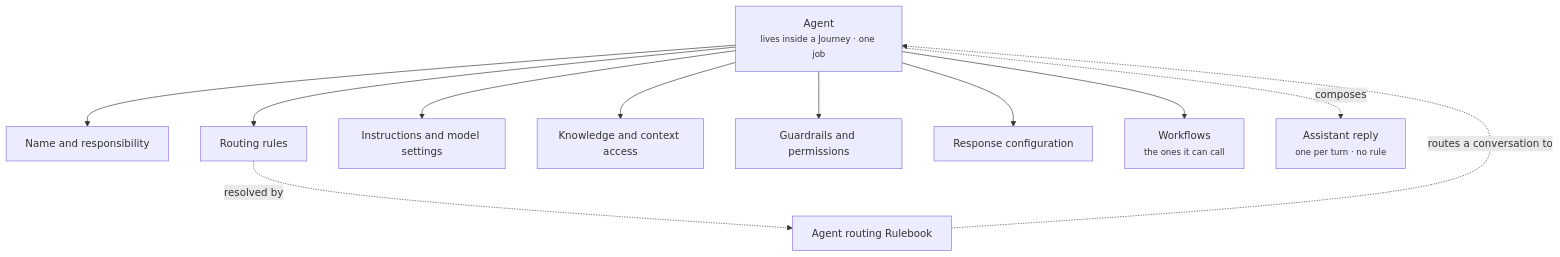
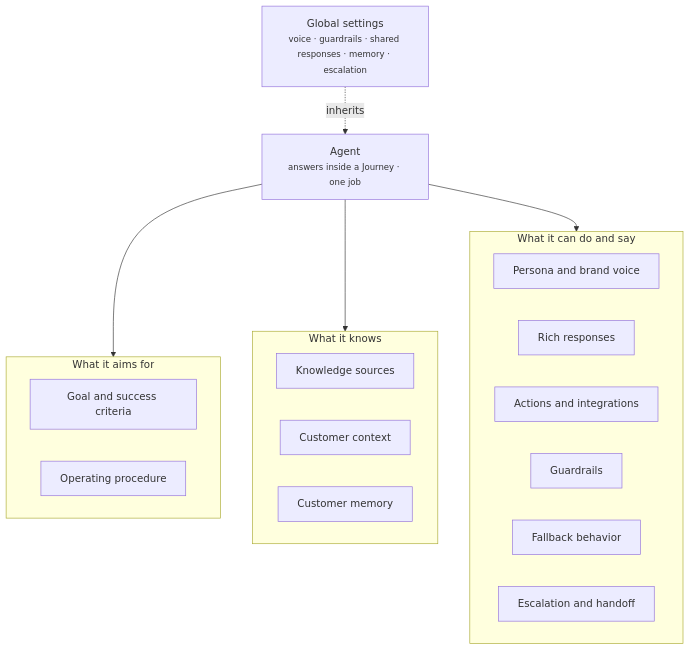
One commit to crossword-ai/docs changed the diagram in agents/overview.mdx. Above: the diagram before and after it, drawn with Mermaid. The commit also changed other lines of this file and 89 other files, not shown here.

First line of the commit message:
docs: restructure around the Journey and Agent board, add screenshots

````diff
--- a/agents/overview.mdx
+++ b/agents/overview.mdx
@@ -14,16 +12,26 @@
 ```mermaid
 flowchart TB
-  A["Agent<br/><small>lives inside a Journey · one job</small>"]
-  A --> NR["Name and responsibility"]
-  A --> RR["Routing rules"]
-  A --> IM["Instructions and model settings"]
-  A --> KC["Knowledge and context access"]
-  A --> GP["Guardrails and permissions"]
-  A --> RC["Response configuration"]
-  A --> WF["Workflows<br/><small>the ones it can call</small>"]
-  RB["Agent routing Rulebook"]
-  REPLY["Assistant reply<br/><small>one per turn · no rule</small>"]
-  RB -. "routes a conversation to" .-> A
-  RR -. "resolved by" .-> RB
-  A -. "composes" .-> REPLY
+  A["Agent<br/><small>answers inside a Journey · one job</small>"]
+  A --> AIM
+  A --> KNOW
+  A --> DO
+  subgraph AIM["What it aims for"]
+    G["Goal and success criteria"]
+    OP["Operating procedure"]
+  end
+  subgraph KNOW["What it knows"]
+    KS["Knowledge sources"]
+    CC["Customer context"]
+    CM["Customer memory"]
+  end
+  subgraph DO["What it can do and say"]
+    PV["Persona and brand voice"]
+    RR["Rich responses"]
+    AI["Actions and integrations"]
+    GR["Guardrails"]
+    FB["Fallback behavior"]
+    EH["Escalation and handoff"]
+  end
+  GS["Global settings<br/><small>voice · guardrails · shared responses · memory · escalation</small>"]
+  GS -. "inherits" .-> A
 ```
````
